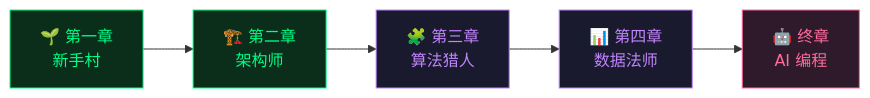
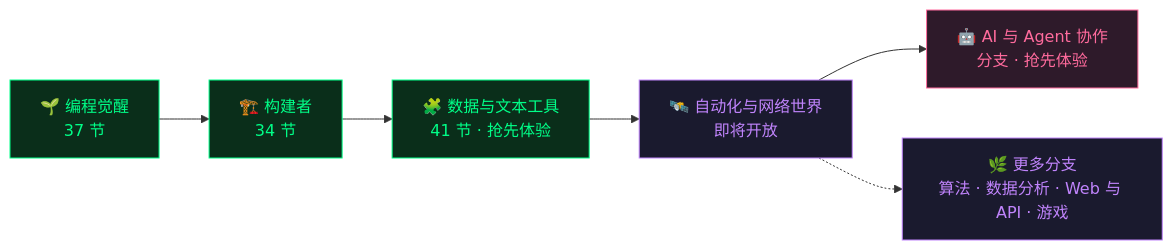
Before and after one commit to gdgd8760/hoppypy-repo: the diagram in README_zh.md, drawn with Mermaid. The commit also changed other lines of this file and 2 other files, not shown here.

````diff
--- a/README_zh.md
+++ b/README_zh.md
@@ -50,13 +51,15 @@
 ```mermaid
 graph LR
-    A["🌱 第一章\n新手村"] --> B["🏗️ 第二章\n架构师"]
-    B --> C["🧩 第三章\n算法猎人"]
-    C --> D["📊 第四章\n数据法师"]
-    D --> E["🤖 终章\nAI 编程"]
+    S1["🌱 编程觉醒<br/>37 节"] --> S2["🏗️ 构建者<br/>34 节"]
+    S2 --> S3["🧩 数据与文本工具<br/>41 节 · 抢先体验"]
+    S3 --> S4["🛰️ 自动化与网络世界<br/>即将开放"]
+    S4 --> B4["🤖 AI 与 Agent 协作<br/>分支 · 抢先体验"]
+    S4 -.-> BR["🌿 更多分支<br/>算法 · 数据分析 · Web 与 API · 游戏"]
 
-    style A fill:#0a2e1a,stroke:#00ff88,color:#00ff88
-    style B fill:#0a2e1a,stroke:#00ff88,color:#00ff88
-    style C fill:#1a1a2e,stroke:#c084fc,color:#c084fc
-    style D fill:#1a1a2e,stroke:#c084fc,color:#c084fc
-    style E fill:#2e1a2a,stroke:#ff6b9d,color:#ff6b9d
+    style S1 fill:#0a2e1a,stroke:#00ff88,color:#00ff88
+    style S2 fill:#0a2e1a,stroke:#00ff88,color:#00ff88
+    style S3 fill:#0a2e1a,stroke:#00ff88,color:#00ff88
+    style S4 fill:#1a1a2e,stroke:#c084fc,color:#c084fc
+    style B4 fill:#2e1a2a,stroke:#ff6b9d,color:#ff6b9d
+    style BR fill:#1a1a2e,stroke:#c084fc,color:#c084fc
 ```
````
